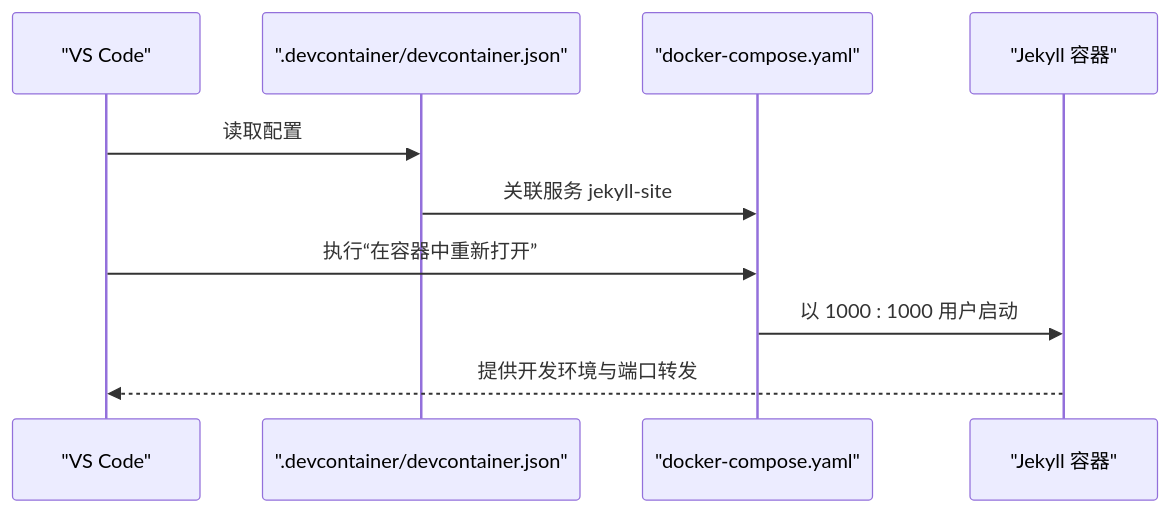
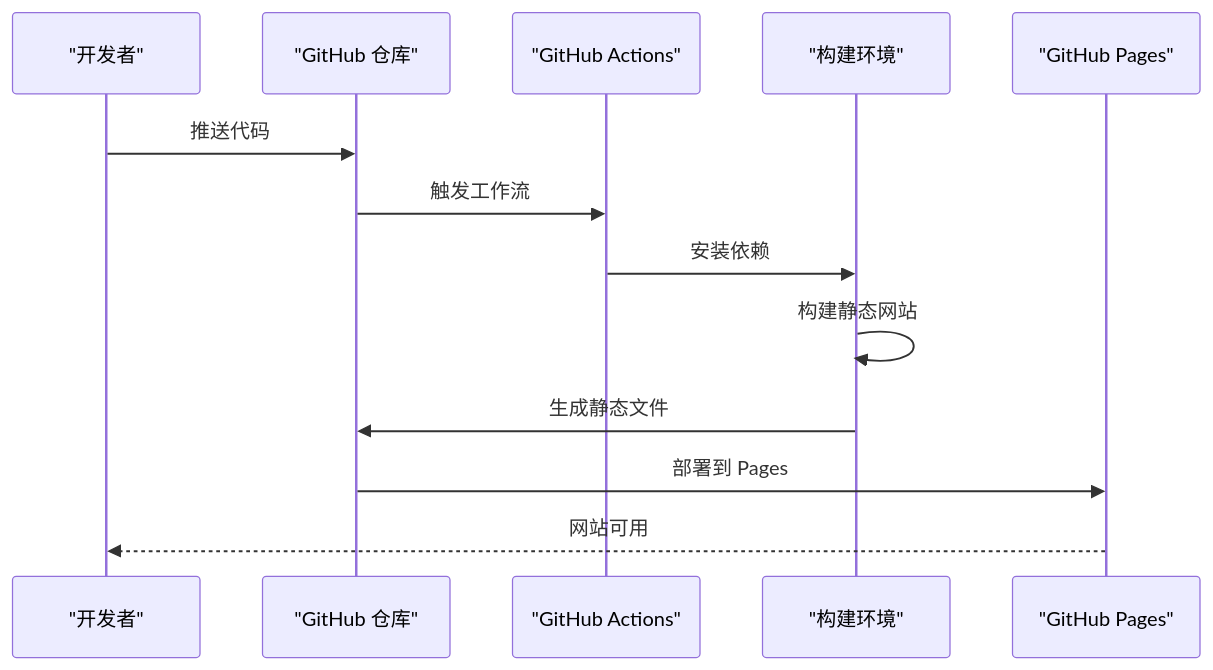
The fifth of 6 diagrams in .qoder/repowiki/zh/content/部署和维护/Docker 容器化部署.md (CoolPig0720/CoolPig0720.github.io), drawn with Mermaid before and after one commit. The commit also changed other lines of this file and 36 other files, not shown here.

````diff
--- a/.qoder/repowiki/zh/content/部署和维护/Docker 容器化部署.md
+++ b/.qoder/repowiki/zh/content/部署和维护/Docker 容器化部署.md
@@ -219,12 +215,15 @@
 ```mermaid
 sequenceDiagram
-participant VSCode as "VS Code"
-participant DevCont as ".devcontainer/devcontainer.json"
-participant Compose as "docker-compose.yaml"
-participant Ctn as "Jekyll 容器"
-VSCode->>DevCont : 读取配置
-DevCont->>Compose : 关联服务 jekyll-site
-VSCode->>Compose : 执行“在容器中重新打开”
-Compose->>Ctn : 以 1000 : 1000 用户启动
-Ctn-->>VSCode : 提供开发环境与端口转发
+participant Dev as "开发者"
+participant GitHub as "GitHub 仓库"
+participant Actions as "GitHub Actions"
+participant Build as "构建环境"
+participant Pages as "GitHub Pages"
+Dev->>GitHub : 推送代码
+GitHub->>Actions : 触发工作流
+Actions->>Build : 安装依赖
+Build->>Build : 构建静态网站
+Build->>GitHub : 生成静态文件
+GitHub->>Pages : 部署到 Pages
+Pages-->>Dev : 网站可用
 ```
````
